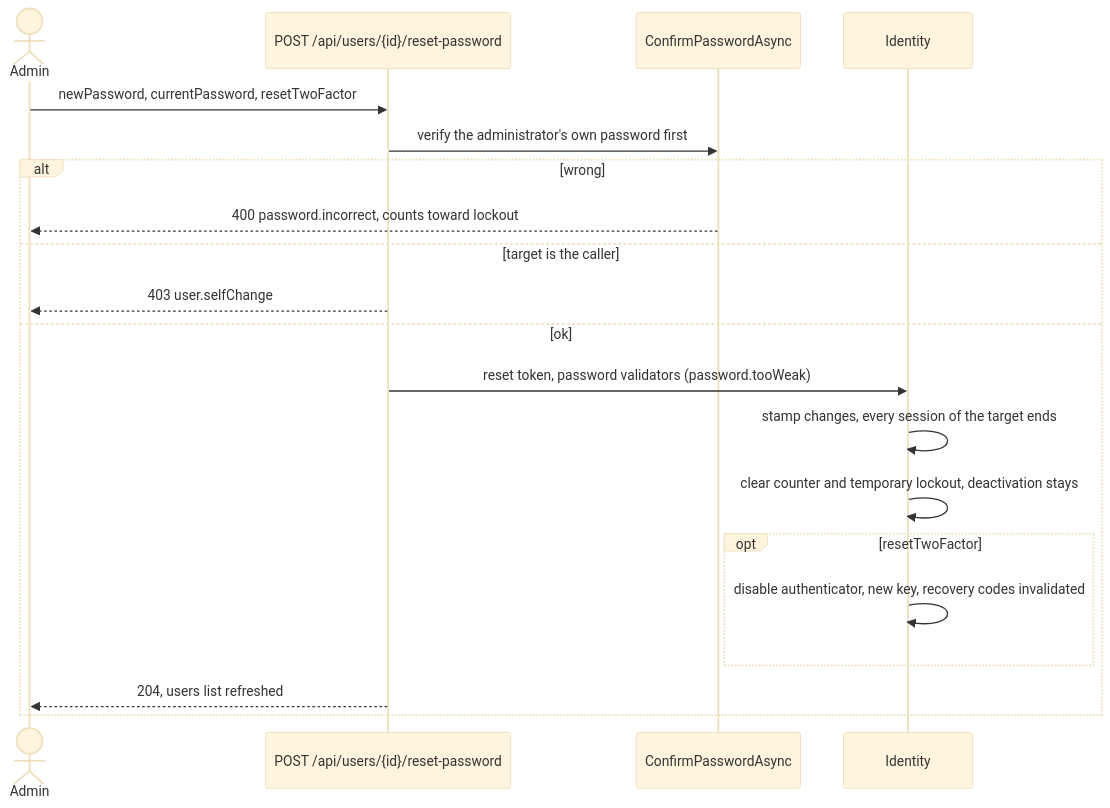
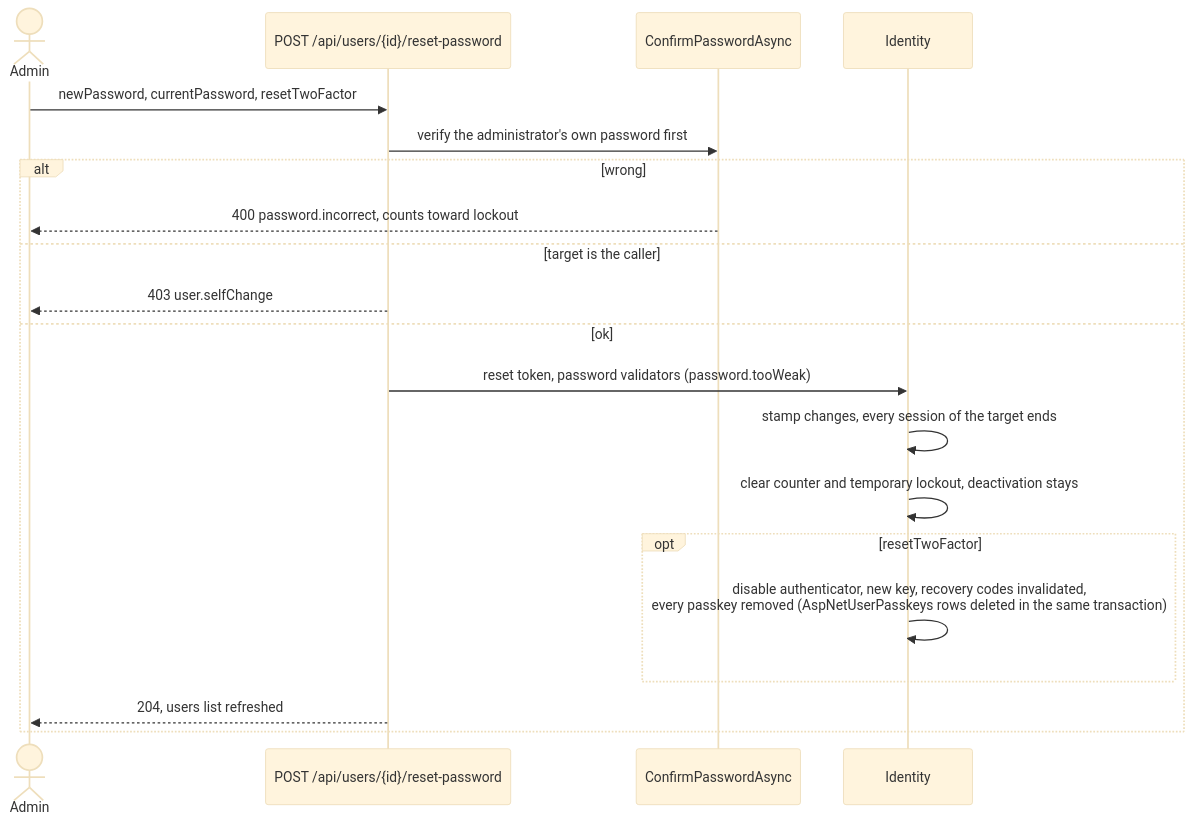
One commit to Justxs/Jx-Finance changed the third of 3 diagrams in docs/features/user-management.md. Above: the diagram before and after it, drawn with Mermaid (base theme). The commit also changed 117 other files, not shown here.

````diff
--- a/docs/features/user-management.md
+++ b/docs/features/user-management.md
@@ -38,22 +38,22 @@
 ```mermaid
 sequenceDiagram
     actor Admin
     participant Api as POST /api/users/{id}/reset-password
     participant Auth as ConfirmPasswordAsync
     participant Identity
     Admin->>Api: newPassword, currentPassword, resetTwoFactor
     Api->>Auth: verify the administrator's own password first
     alt wrong
         Auth-->>Admin: 400 password.incorrect, counts toward lockout
     else target is the caller
         Api-->>Admin: 403 user.selfChange
     else ok
         Api->>Identity: reset token, password validators (password.tooWeak)
         Identity->>Identity: stamp changes, every session of the target ends
         Identity->>Identity: clear counter and temporary lockout, deactivation stays
         opt resetTwoFactor
-            Identity->>Identity: disable authenticator, new key, recovery codes invalidated
+            Identity->>Identity: disable authenticator, new key, recovery codes invalidated,<br/>every passkey removed (AspNetUserPasskeys rows deleted in the same transaction)
         end
         Api-->>Admin: 204, users list refreshed
     end
 ```
````
